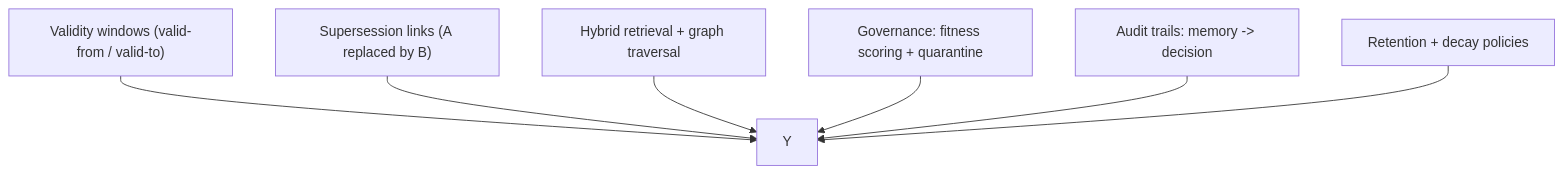
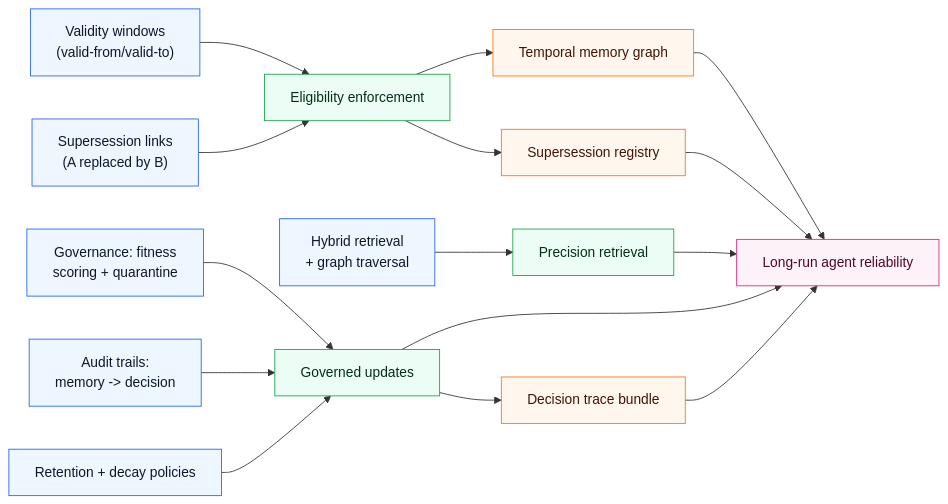
The third of 3 diagrams in docs/blog/posts/temporal-memory-beats-bigger-context.md (5Reasons/5reasons.github.io), drawn with Mermaid before and after one commit. The commit also changed other lines of this file and 14 other files, not shown here.

First line of the commit message:
Refactor diagrams and improve clarity in blog posts and case studies

````diff
--- a/docs/blog/posts/temporal-memory-beats-bigger-context.md
+++ b/docs/blog/posts/temporal-memory-beats-bigger-context.md
@@ -116,9 +170,36 @@
 ```mermaid
-graph TD;
-  L1["Validity windows (valid-from / valid-to)"] --> Y;
-  L2["Supersession links (A replaced by B)"] --> Y;
-  L3["Hybrid retrieval + graph traversal"] --> Y;
-  L4["Governance: fitness scoring + quarantine"] --> Y;
-  L5["Audit trails: memory -> decision"] --> Y;
-  L6["Retention + decay policies"] --> Y;
+flowchart LR
+  %% Levers
+  L1["Validity windows<br>(valid-from/valid-to)"]:::i
+  L2["Supersession links<br>(A replaced by B)"]:::i
+  L3["Hybrid retrieval<br>+ graph traversal"]:::i
+  L4["Governance: fitness<br>scoring + quarantine"]:::i
+  L5["Audit trails:<br>memory -> decision"]:::i
+  L6["Retention + decay policies"]:::i
+
+  %% Processes
+  P1["Eligibility enforcement"]:::p
+  P2["Precision retrieval"]:::p
+  P3["Governed updates"]:::p
+
+  %% Products
+  R1["Temporal memory graph"]:::r
+  R2["Supersession registry"]:::r
+  R3["Decision trace bundle"]:::r
+
+  %% Outcome
+  Y["Long-run agent reliability"]:::o
+
+  L1 --> P1 --> R1 --> Y
+  L2 --> P1 --> R2 --> Y
+  L3 --> P2 --> Y
+  L4 --> P3 --> Y
+  L5 --> P3 --> R3 --> Y
+  L6 --> P3
+
+  %% brModel styles
+  classDef i fill:#eef6ff,stroke:#2563eb,stroke-width:1px,color:#0f172a;
+  classDef p fill:#ecfdf5,stroke:#16a34a,stroke-width:1px,color:#052e16;
+  classDef r fill:#fff7ed,stroke:#f97316,stroke-width:1px,color:#431407;
+  classDef o fill:#fdf2f8,stroke:#db2777,stroke-width:1px,color:#500724;
 ```
````
